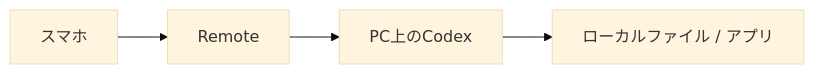
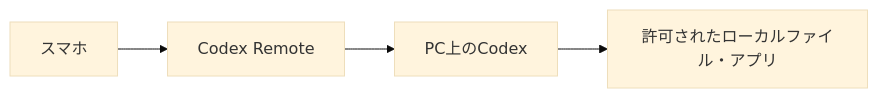
The fourth of 5 diagrams in content/31_Research/スマートフォンからChatGPT Work／Codex／PCを遠隔利用する方法の整理.md (fukkamaru/digital-garden), drawn with Mermaid (base theme) before and after one commit. The commit also changed other lines of this file and 319 other files, not shown here.

````diff
--- a/content/31_Research/スマートフォンからChatGPT Work／Codex／PCを遠隔利用する方法の整理.md
+++ b/content/31_Research/スマートフォンからChatGPT Work／Codex／PCを遠隔利用する方法の整理.md
@@ -464,9 +147,6 @@
 ```mermaid
 flowchart LR
-    A[スマホ]
-    B[Remote]
-    C[PC上のCodex]
-    D[ローカルファイル / アプリ]
-
-    A --> B --> C --> D
+    A[スマホ] --> B[Codex Remote]
+    B --> C[PC上のCodex]
+    C --> D[許可されたローカルファイル・アプリ]
 ```
````
